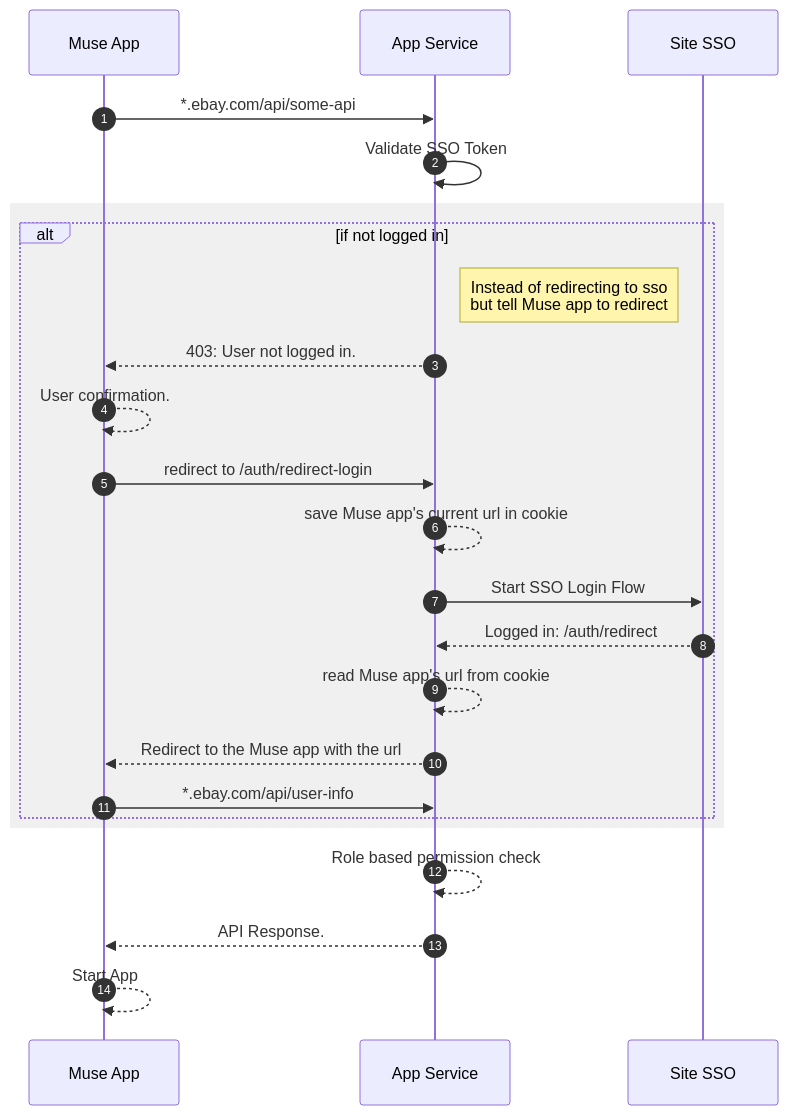
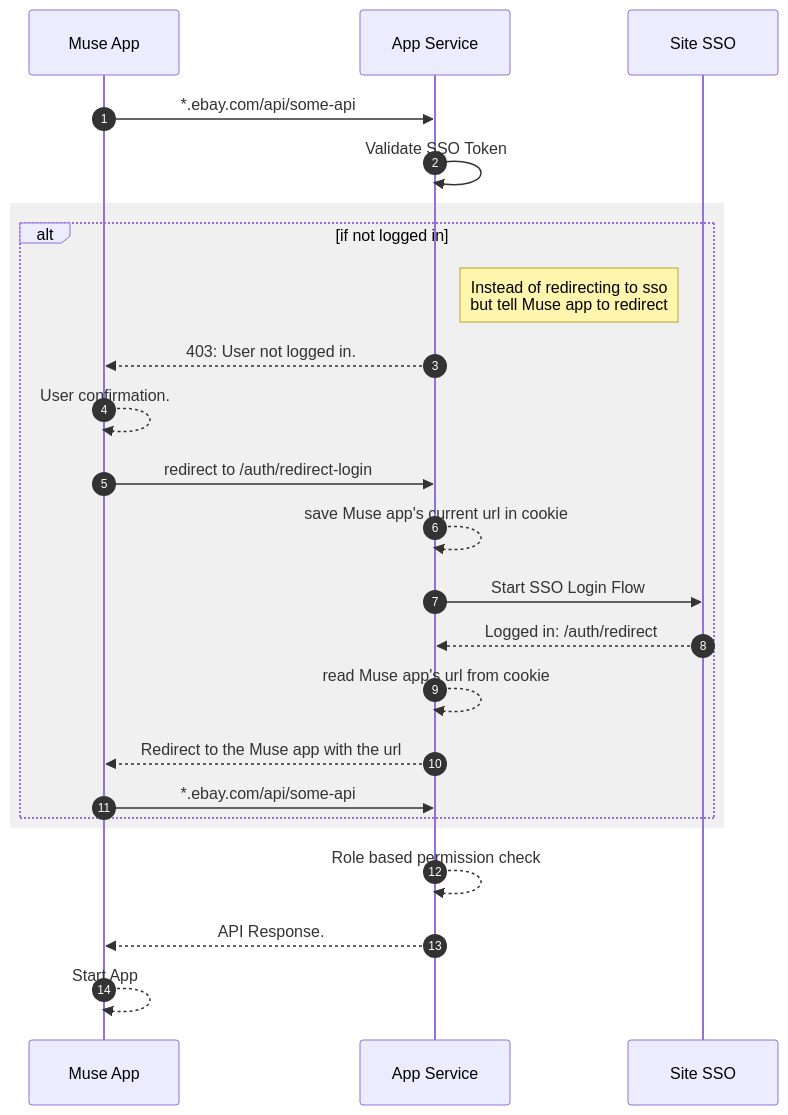
Before and after one commit to eBay/Muse: the diagram in muse-site/docs/10 - site-sso.md, drawn with Mermaid. The commit also changed other lines of this file and 7 other files, not shown here.

````diff
--- a/muse-site/docs/10 - site-sso.md
+++ b/muse-site/docs/10 - site-sso.md
@@ -6,31 +6,31 @@
 ```mermaid
 sequenceDiagram
     autonumber
     participant M as Muse App
     participant A as App Service
     participant S as Site SSO
     
     M->>A: *.ebay.com/api/some-api
     A->>A: Validate SSO Token
 
     rect rgb(240, 240, 240)
     alt if not logged in
         Note right of A: Instead of redirecting to sso<br/>but tell Muse app to redirect
         A -->> M: 403: User not logged in.
         M -->> M: User confirmation.
         M ->> A: redirect to /auth/redirect-login
         A -->> A: save Muse app's current url in cookie
         A ->> S: Start SSO Login Flow
         S -->> A: Logged in: /auth/redirect
         A -->> A: read Muse app's url from cookie
         A -->> M: Redirect to the Muse app with the url
-        M ->> A: *.ebay.com/api/user-info
+        M ->> A: *.ebay.com/api/some-api
     end
     end
 
     A -->> A: Role based permission check
     A -->> M: API Response.
     M -->> M: Start App
 
     
 ```
````
